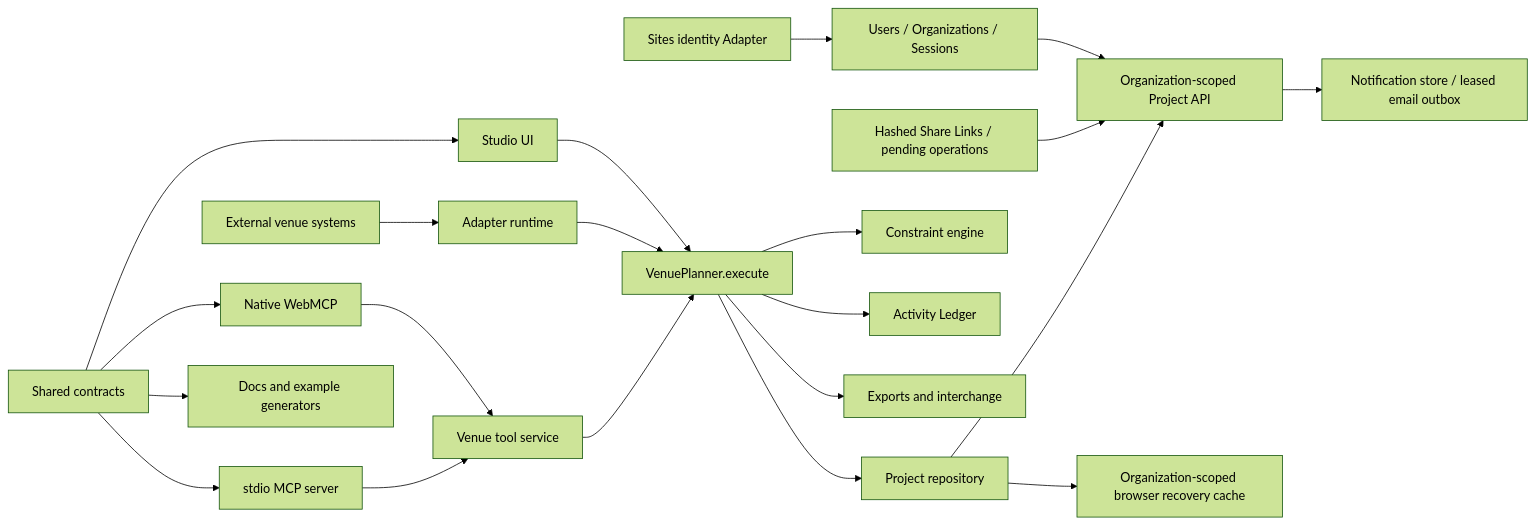
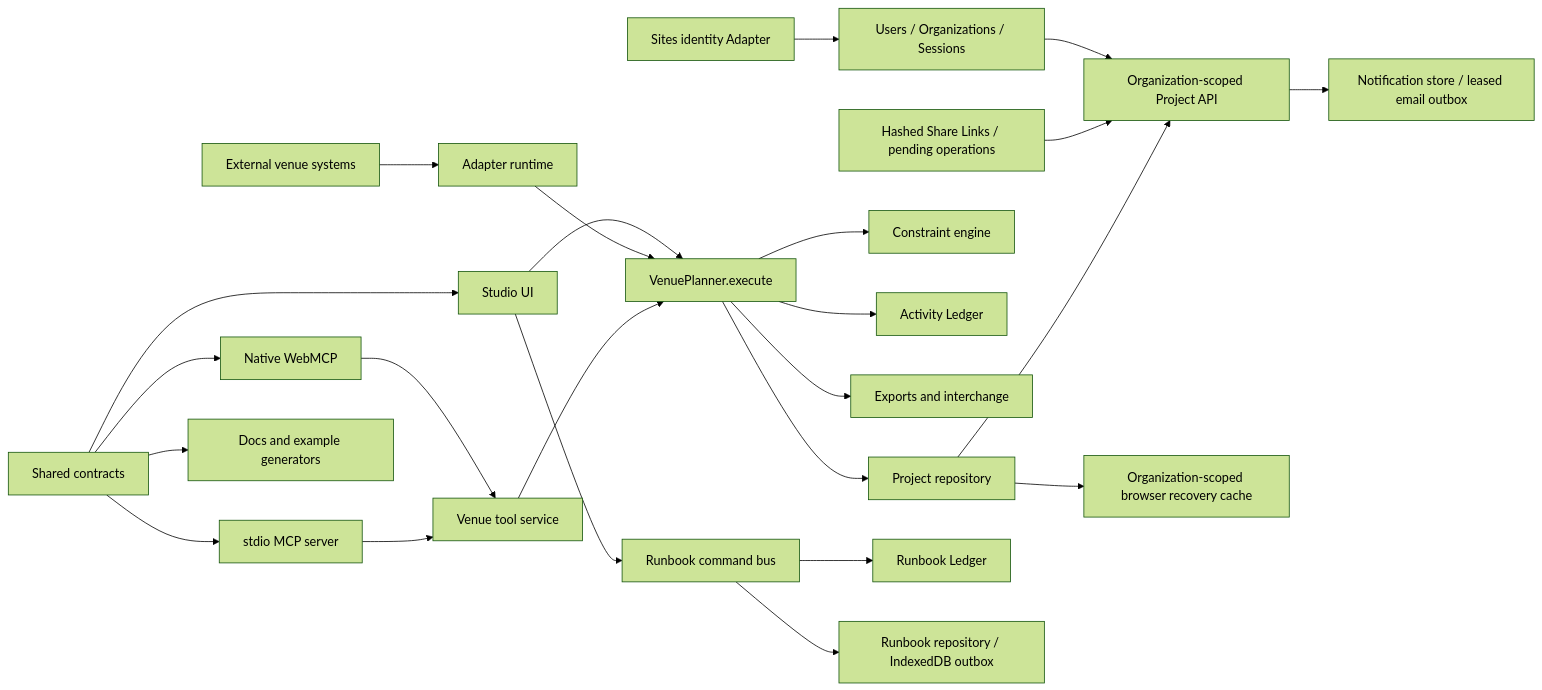
One commit to Seyamalam/venue-mind changed the first of 2 diagrams in docs/architecture.md. Above: the diagram before and after it, drawn with Mermaid (forest theme). The commit also changed other lines of this file and 57 other files, not shown here.

````diff
--- a/docs/architecture.md
+++ b/docs/architecture.md
@@ -7,23 +7,26 @@
 ```mermaid
 flowchart LR
   IDP[Sites identity Adapter] --> ACCOUNTS[Users / Organizations / Sessions]
   ACCOUNTS --> API[Organization-scoped Project API]
   SHARE[Hashed Share Links / pending operations] --> API
   API --> NOTIFY[Notification store / leased email outbox]
   UI[Studio UI] --> BUS[VenuePlanner.execute]
+  UI --> RUNBUS[Runbook command bus]
   WEB[Native WebMCP] --> SERVICE[Venue tool service]
   MCP[stdio MCP server] --> SERVICE
   EXT[External venue systems] --> ADAPTERS[Adapter runtime]
   ADAPTERS --> BUS
   SERVICE --> BUS
   CONTRACTS[Shared contracts] --> UI
   CONTRACTS --> WEB
   CONTRACTS --> MCP
   CONTRACTS --> DOCGEN[Docs and example generators]
   BUS --> VALIDATE[Constraint engine]
   BUS --> LEDGER[Activity Ledger]
   BUS --> EXPORTS[Exports and interchange]
   BUS --> PROJECTS[Project repository]
+  RUNBUS --> RUNLEDGER[Runbook Ledger]
+  RUNBUS --> RUNSTORE[Runbook repository / IndexedDB outbox]
   PROJECTS --> API
   PROJECTS --> LOCAL[Organization-scoped browser recovery cache]
 ```
````
